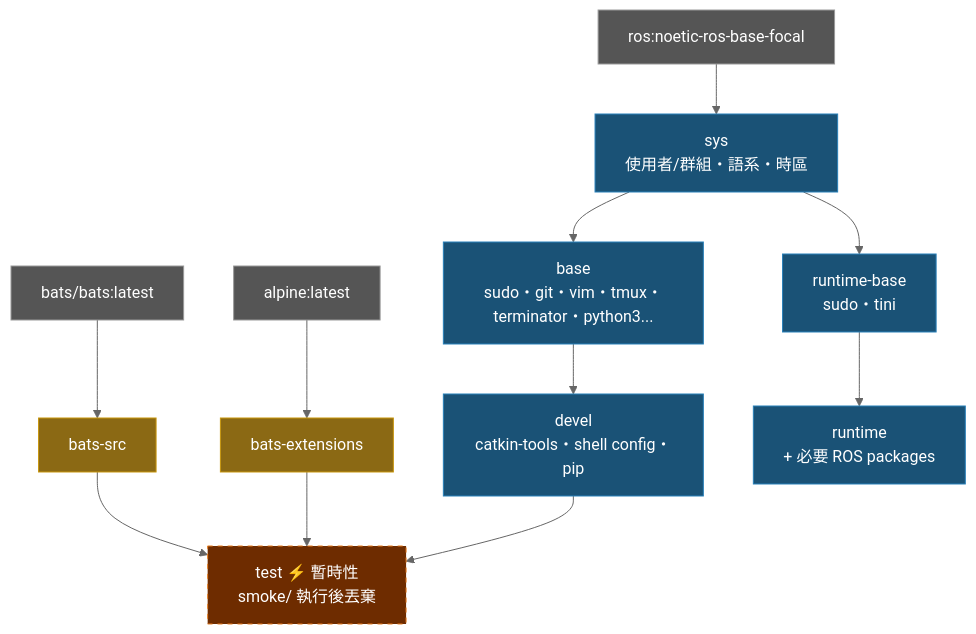
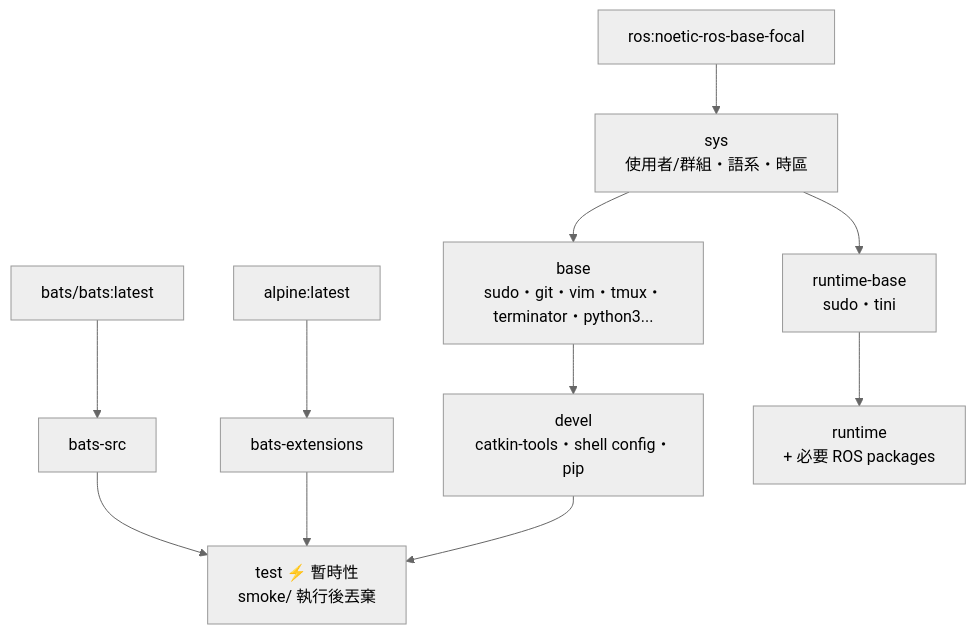
Before and after one commit to ycpss91255-docker/ros_noetic: the diagram in doc/README.zh-TW.md, drawn with Mermaid (neutral theme). The commit also changed 3 other files, not shown here.

Commit message:
docs: remove mermaid background colors from architecture diagrams (#25)

````diff
--- a/doc/README.zh-TW.md
+++ b/doc/README.zh-TW.md
@@ -234,26 +234,22 @@
 ```mermaid
 graph TD
-    EXT1["bats/bats:latest"]:::external
-    EXT2["alpine:latest"]:::external
-    EXT3["ros:noetic-ros-base-focal"]:::external
+    EXT1["bats/bats:latest"]
+    EXT2["alpine:latest"]
+    EXT3["ros:noetic-ros-base-focal"]
 
-    EXT1 --> bats-src["bats-src"]:::tool
-    EXT2 --> bats-ext["bats-extensions"]:::tool
+    EXT1 --> bats-src["bats-src"]
+    EXT2 --> bats-ext["bats-extensions"]
 
-    EXT3 --> sys["sys\n使用者/群組・語系・時區"]:::stage
+    EXT3 --> sys["sys\n使用者/群組・語系・時區"]
 
-    sys --> base["base\nsudo・git・vim・tmux・terminator・python3..."]:::stage
-    base --> devel["devel\ncatkin-tools・shell config・pip"]:::stage
+    sys --> base["base\nsudo・git・vim・tmux・terminator・python3..."]
+    base --> devel["devel\ncatkin-tools・shell config・pip"]
 
-    bats-src --> test["test  ⚡ 暫時性\nsmoke/ 執行後丟棄"]:::ephemeral
+    bats-src --> test["test  ⚡ 暫時性\nsmoke/ 執行後丟棄"]
     bats-ext --> test
     devel --> test
 
-    sys --> runtime-base["runtime-base\nsudo・tini"]:::stage
-    runtime-base --> runtime["runtime\n+ 必要 ROS packages"]:::stage
+    sys --> runtime-base["runtime-base\nsudo・tini"]
+    runtime-base --> runtime["runtime\n+ 必要 ROS packages"]
 
-    classDef external fill:#555,color:#fff,stroke:#999
-    classDef tool fill:#8B6914,color:#fff,stroke:#c8960c
-    classDef stage fill:#1a5276,color:#fff,stroke:#2980b9
-    classDef ephemeral fill:#6e2c00,color:#fff,stroke:#e67e22,stroke-dasharray:5 5
 ```
````
